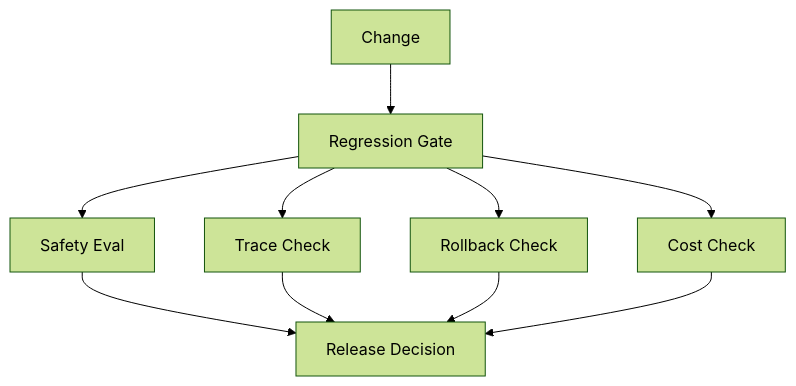
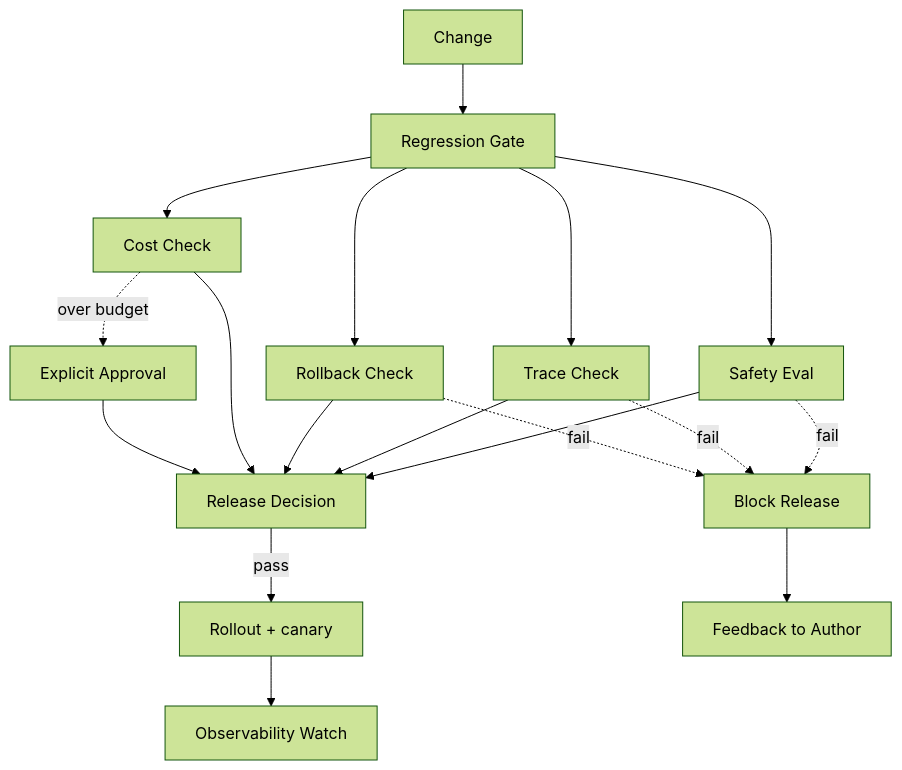
One commit to muchengit/agent-top changed the diagram in docs/en/cases/production-regression-gate.md. Above: the diagram before and after it, drawn with Mermaid (forest theme). The commit also changed other lines of this file and 24 other files, not shown here.

````diff
--- a/docs/en/cases/production-regression-gate.md
+++ b/docs/en/cases/production-regression-gate.md
@@ -16,12 +20,20 @@
 ```mermaid
 flowchart TD
   C[Change] --> G[Regression Gate]
   G --> S[Safety Eval]
   G --> T[Trace Check]
   G --> R[Rollback Check]
   G --> K[Cost Check]
   S --> D[Release Decision]
   T --> D
   R --> D
   K --> D
+  S -. fail .-> BLK[Block Release]
+  T -. fail .-> BLK
+  R -. fail .-> BLK
+  K -. over budget .-> AP[Explicit Approval]
+  AP --> D
+  D -->|pass| RC[Rollout + canary]
+  RC --> MON[Observability Watch]
+  BLK --> FB[Feedback to Author]
 ```
````
